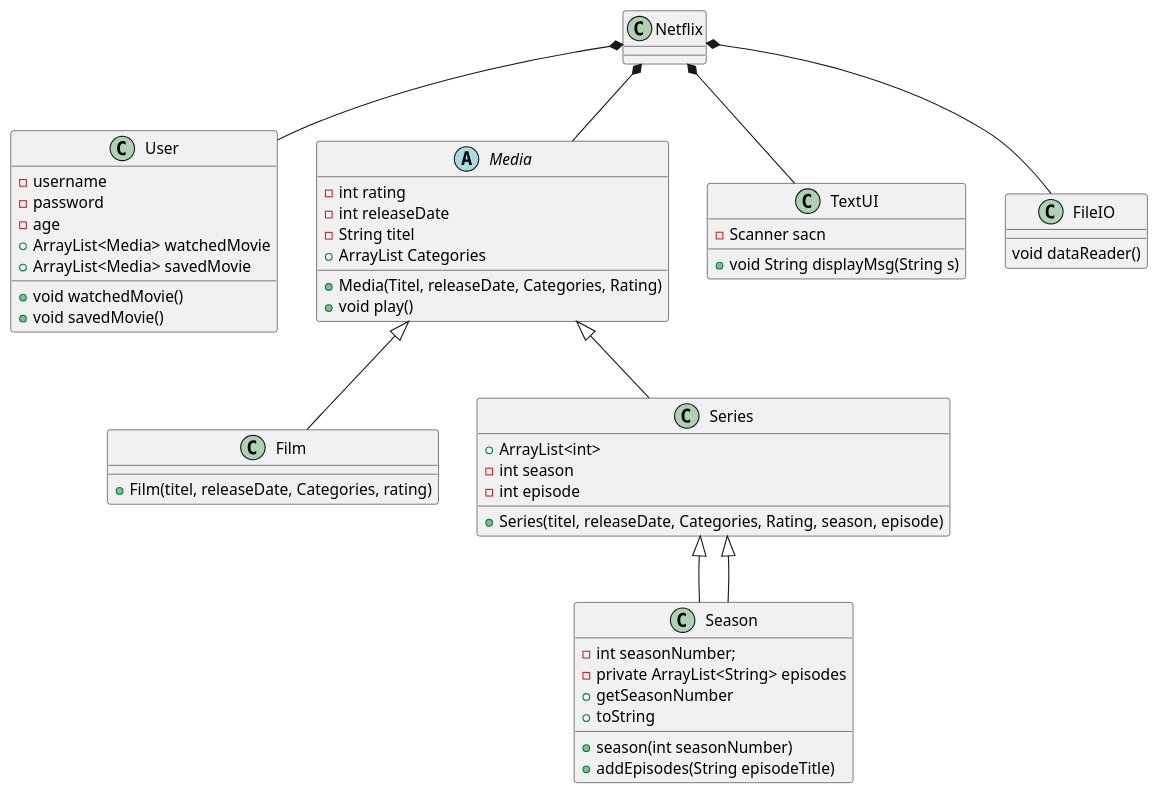
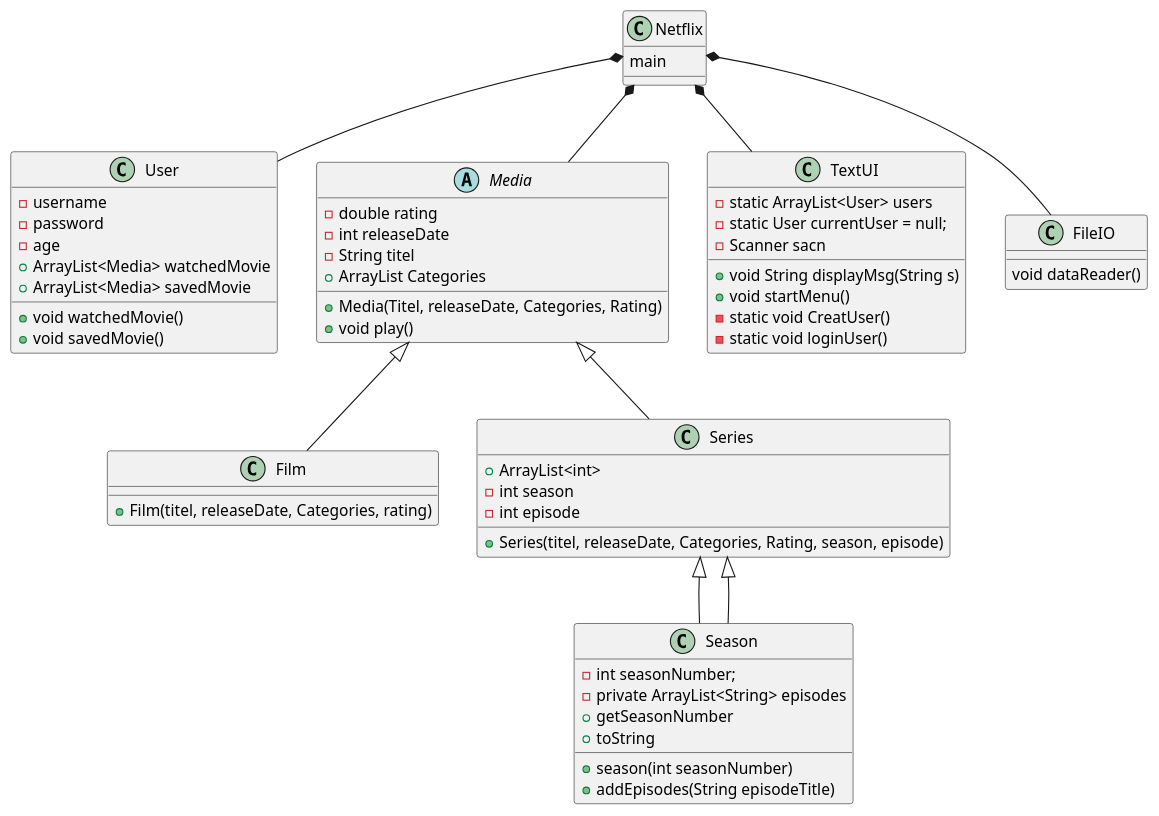
The diagram in .idea/UML/Netflix.puml (MariamE04/SP3), drawn with PlantUML before and after one commit. The commit also changed 3 other files, not shown here.

Commit message:
lavet klasse diagram

```diff
--- a/.idea/UML/Netflix.puml
+++ b/.idea/UML/Netflix.puml
@@ -1,57 +1,64 @@
 @startuml
 'https://plantuml.com/class-diagram
 
-class Netflix{}
+class Netflix{
+main
+}
 class User{
 - username
 - password
 - age
 + ArrayList<Media> watchedMovie
 + ArrayList<Media> savedMovie
 + void watchedMovie()
 + void savedMovie()
  }
 
 abstract class Media{
--int rating
+-double rating
 -int releaseDate
  -String titel
  +ArrayList Categories
  +Media(Titel, releaseDate, Categories, Rating)
  + void play()
 
 }
 class Film{
 +Film(titel, releaseDate, Categories, rating)
 }
 class Series {
 + ArrayList<int>
 -int season
 -int episode
 +Series(titel, releaseDate, Categories, Rating, season, episode)
 }
 class Season extends Series{
 -int seasonNumber;
 -private ArrayList<String> episodes
 +season(int seasonNumber)
 +getSeasonNumber
 +addEpisodes(String episodeTitle)
 +toString
 }
 
 class TextUI{
+-static ArrayList<User> users
+-static User currentUser = null;
 -Scanner sacn
 + void String displayMsg(String s)
++void startMenu()
+-static void CreatUser()
+-static void loginUser()
 }
 class FileIO{
 void dataReader()
 }
 
 Netflix *-- User
 Netflix *-- Media
 Media <|-- Film
 Media <|-- Series
 Series <|-- Season
 Netflix *-- FileIO
 Netflix *-- TextUI
 @enduml
```
